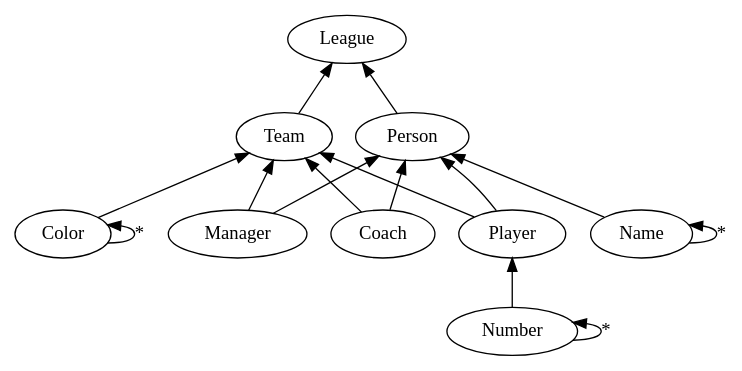
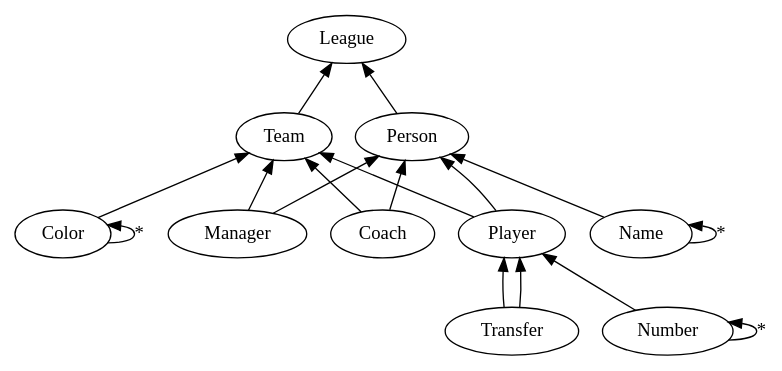
The diagram in model.gv (Miruken-DotNet/Demo.MajorLeagueMiruken), drawn with Graphviz before and after one commit. The commit also changed 4 other files, not shown here.

Commit message:
Transfer a player to another team.

```diff
--- a/model.gv
+++ b/model.gv
@@ -1,21 +1,24 @@
 digraph "MajorLeageMiruken" {
 
 rankdir=BT
 
 Team->League
 Person->League
 Player->Team
 Player->Person
 Manager->Team
 Manager->Person
 Coach->Team
 Coach->Person
 
+Transfer->Player
+Transfer->Player
+
 Number->Player
 Number->Number [label="*"]
 Name->Person
 Name->Name [label="*"]
 Color->Team
 Color->Color [label="*"]
 
 }
```
